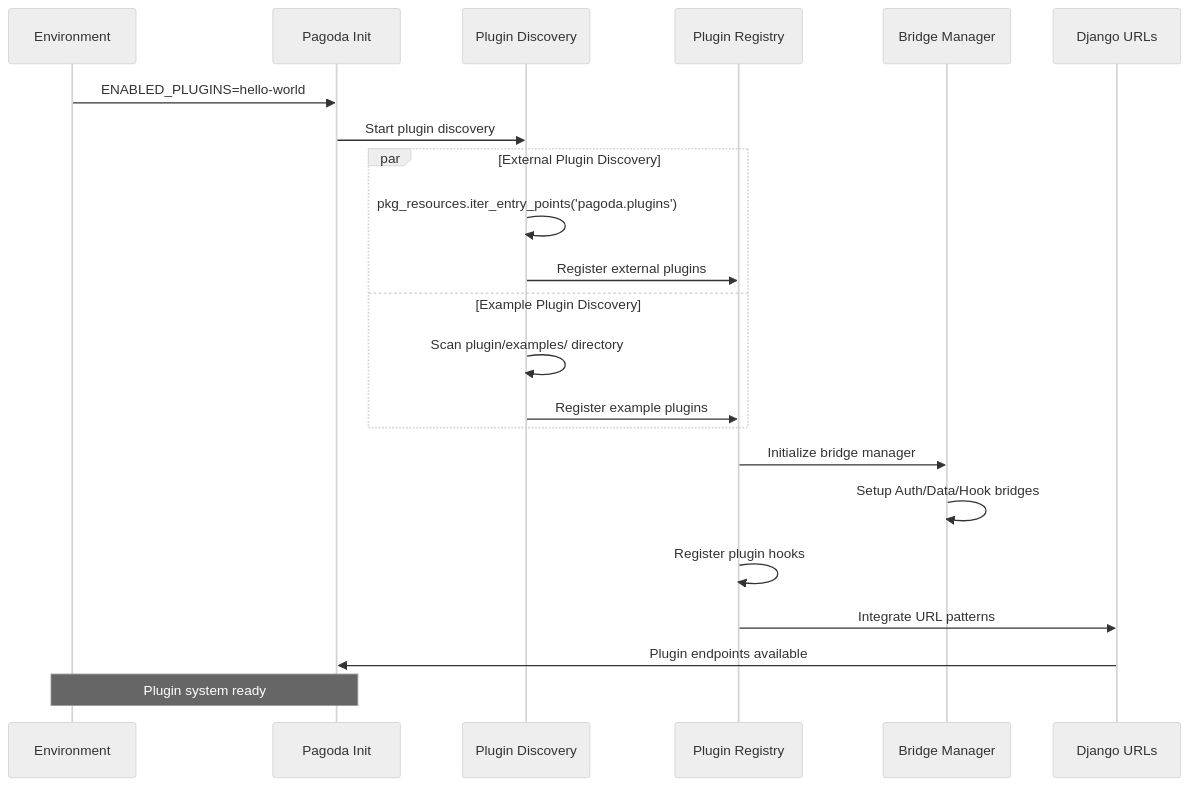
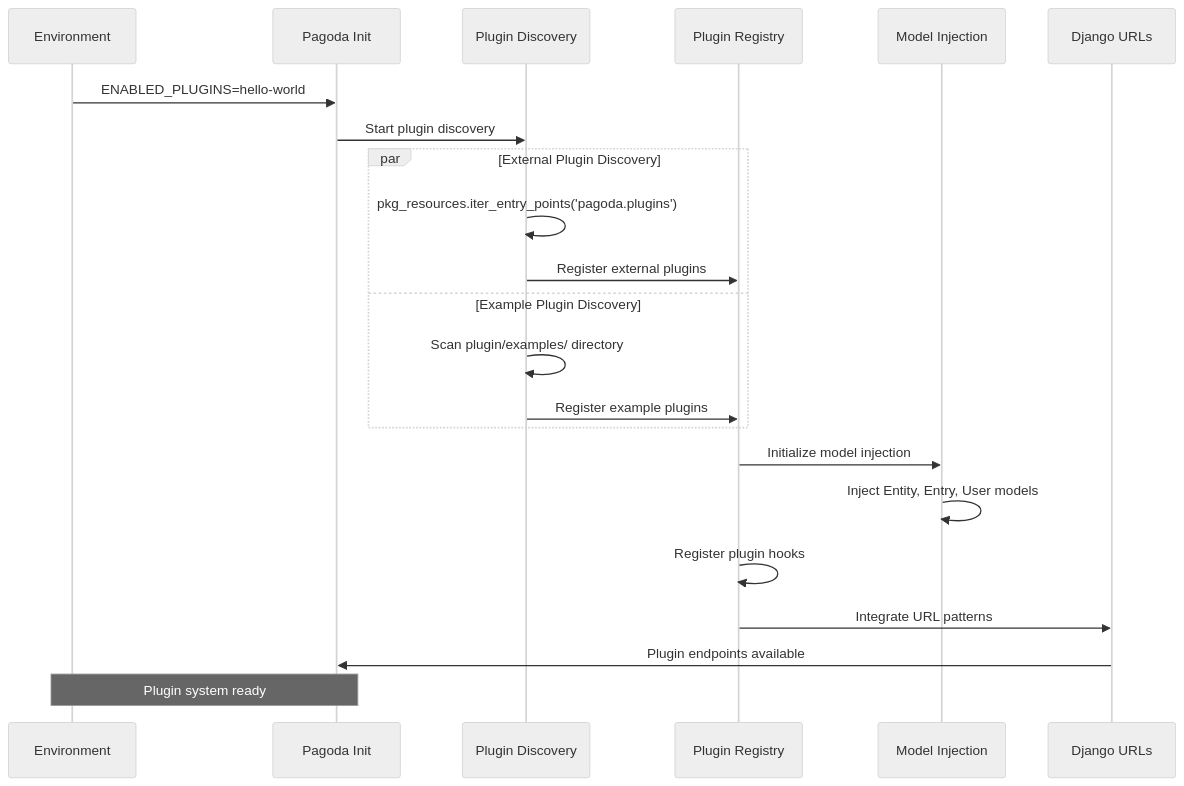
One commit to dmm-com/pagoda changed the second of 11 diagrams in docs/content/advanced/plugin_architecture_diagrams.md. Above: the diagram before and after it, drawn with Mermaid (neutral theme). The commit also changed other lines of this file and 3 other files, not shown here.

````diff
--- a/docs/content/advanced/plugin_architecture_diagrams.md
+++ b/docs/content/advanced/plugin_architecture_diagrams.md
@@ -57,28 +56,28 @@
 ```mermaid
 sequenceDiagram
     participant ENV as Environment
     participant AI as Pagoda Init
     participant PD as Plugin Discovery
     participant PR as Plugin Registry
-    participant BM as Bridge Manager
+    participant MI as Model Injection
     participant DU as Django URLs
 
     ENV->>AI: ENABLED_PLUGINS=hello-world
     AI->>PD: Start plugin discovery
 
     par External Plugin Discovery
         PD->>PD: pkg_resources.iter_entry_points('pagoda.plugins')
         PD->>PR: Register external plugins
     and Example Plugin Discovery
         PD->>PD: Scan plugin/examples/ directory
         PD->>PR: Register example plugins
     end
 
-    PR->>BM: Initialize bridge manager
-    BM->>BM: Setup Auth/Data/Hook bridges
+    PR->>MI: Initialize model injection
+    MI->>MI: Inject Entity, Entry, User models
     PR->>PR: Register plugin hooks
     PR->>DU: Integrate URL patterns
     DU->>AI: Plugin endpoints available
 
     Note over ENV,AI: Plugin system ready
 ```
````
